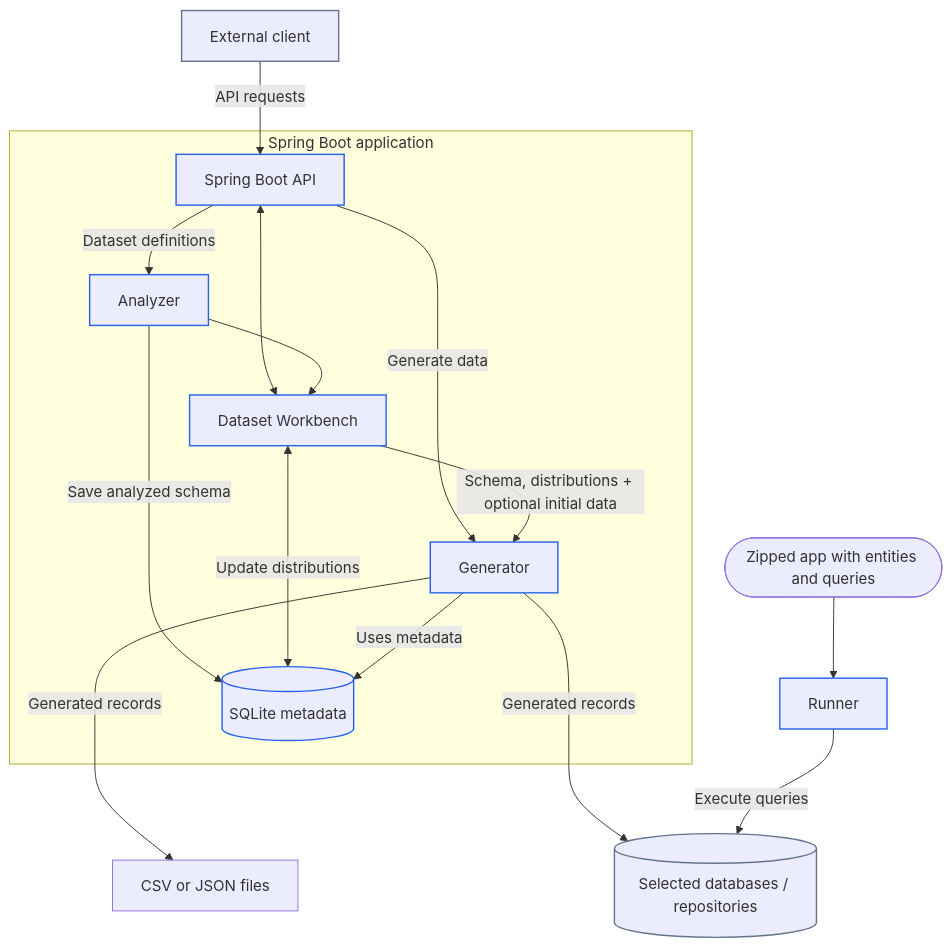
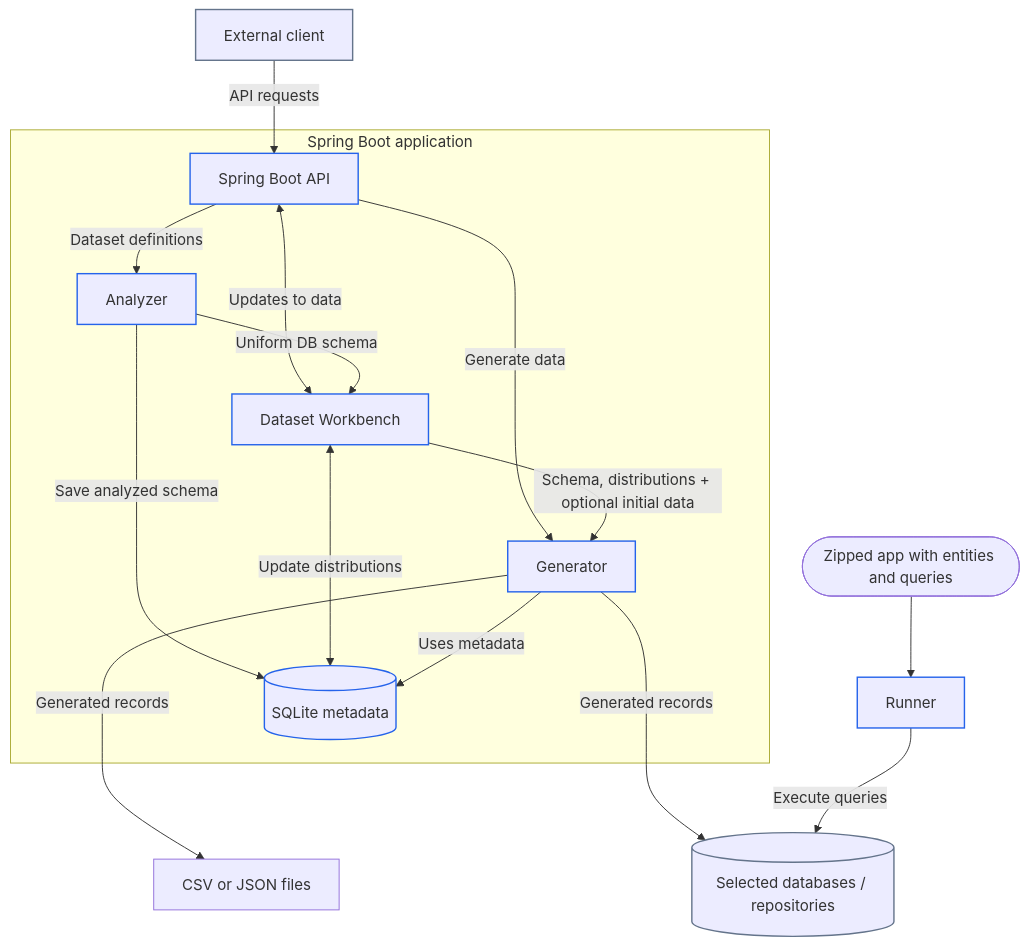
One commit to SimekJan/oxm-benchmark changed the diagram in docs/ARCHITECTURE.md. Above: the diagram before and after it, drawn with Mermaid. The commit also changed 6 other files, not shown here.

````diff
--- a/docs/ARCHITECTURE.md
+++ b/docs/ARCHITECTURE.md
@@ -9,42 +9,42 @@
 ```mermaid
 flowchart TD
     
     subgraph SPRING_BOOT_APP["Spring Boot application"]
         API[Spring Boot API]
         Analyzer[Analyzer]
         DatasetWorkbench[Dataset Workbench]
         Generator[Generator]
         Metadata[(SQLite metadata)]
     end
 
     RunInputs([Zipped app with entities and queries])
     Runner[Runner]
 
     RunInputs --> Runner
 
     Client[External client] -->|API requests| API
 
     API -->|Dataset definitions| Analyzer
-    API <--> DatasetWorkbench
+    API <-->|Updates to data| DatasetWorkbench
     API -->|Generate data| Generator
 
-    Analyzer --> DatasetWorkbench
+    Analyzer -->|Uniform DB schema| DatasetWorkbench
     Analyzer -->|Save analyzed schema| Metadata
     
     DatasetWorkbench -->|Schema, distributions + optional initial data| Generator
     DatasetWorkbench <-->|Update distributions| Metadata
     
     Generator -->|Generated records| DataFiles[CSV or JSON files]
     Generator -->|Generated records| Databases[(Selected databases / repositories)]
     Generator -->|Uses metadata| Metadata
     
     Runner -->|Execute queries| Databases
 
     Metadata ~~~ Databases
     Metadata ~~~ DataFiles
 
     classDef external stroke:#64748B,stroke-width:1.5px
     classDef mainApp stroke:#2563EB,stroke-width:1.5px
     class Client,Databases external
     class API,Analyzer,Generator,Runner,Metadata,DatasetWorkbench mainApp
 ```
````
